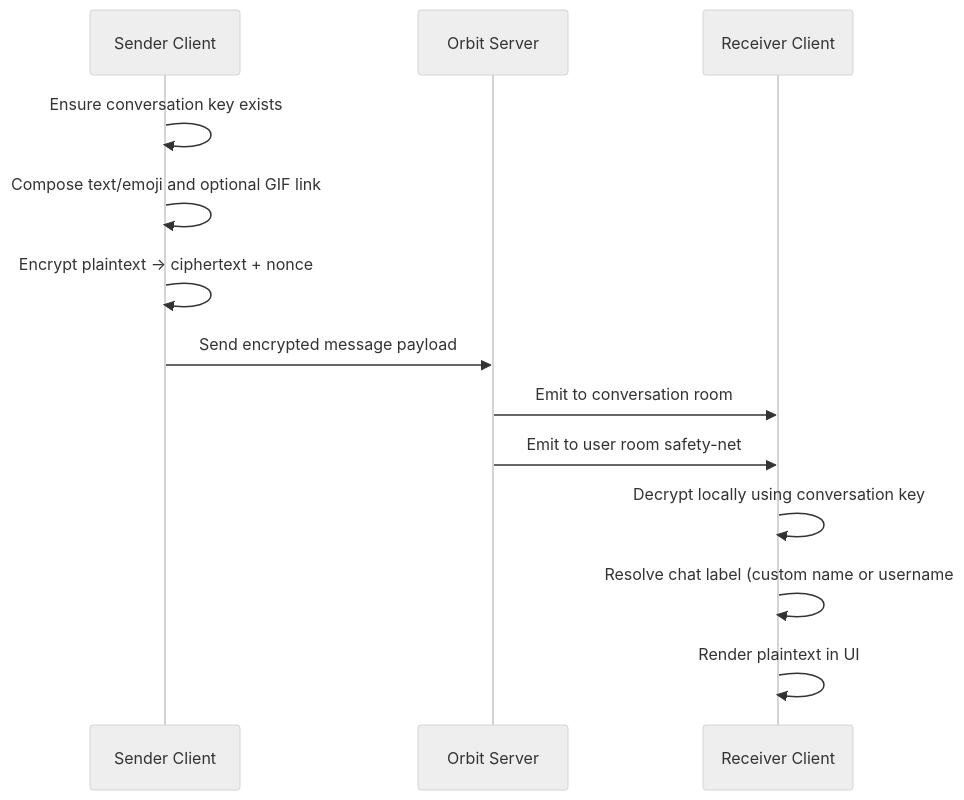
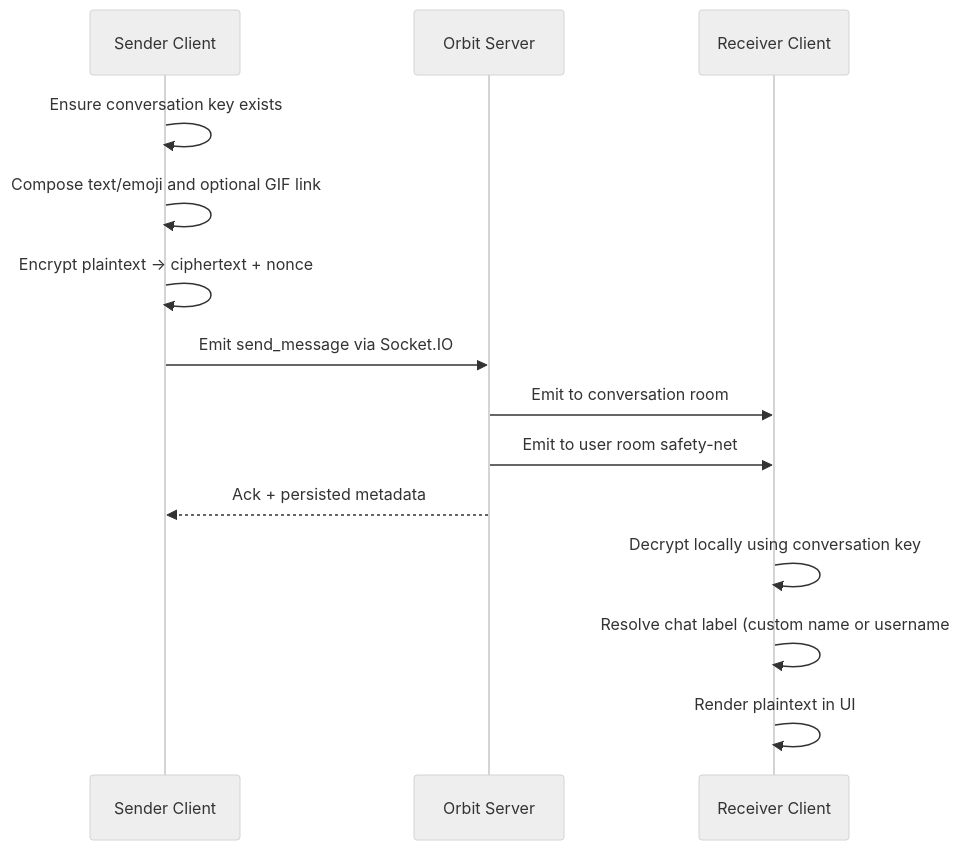
Before and after one commit to orbit-chat/orbit-chat: the second of 5 diagrams in README.md, drawn with Mermaid (neutral theme). The commit also changed other lines of this file, not shown here.

````diff
--- a/README.md
+++ b/README.md
@@ -168,16 +187,17 @@
 ```mermaid
 sequenceDiagram
 	participant S as Sender Client
 	participant API as Orbit Server
 	participant R as Receiver Client
 
 	S->>S: Ensure conversation key exists
 	S->>S: Compose text/emoji and optional GIF link
 	S->>S: Encrypt plaintext -> ciphertext + nonce
-	S->>API: Send encrypted message payload
+	S->>API: Emit send_message via Socket.IO
 	API->>R: Emit to conversation room
 	API->>R: Emit to user room safety-net
+	API-->>S: Ack + persisted metadata
 	R->>R: Decrypt locally using conversation key
 	R->>R: Resolve chat label (custom name or username#chatId)
 	R->>R: Render plaintext in UI
 ```
````
